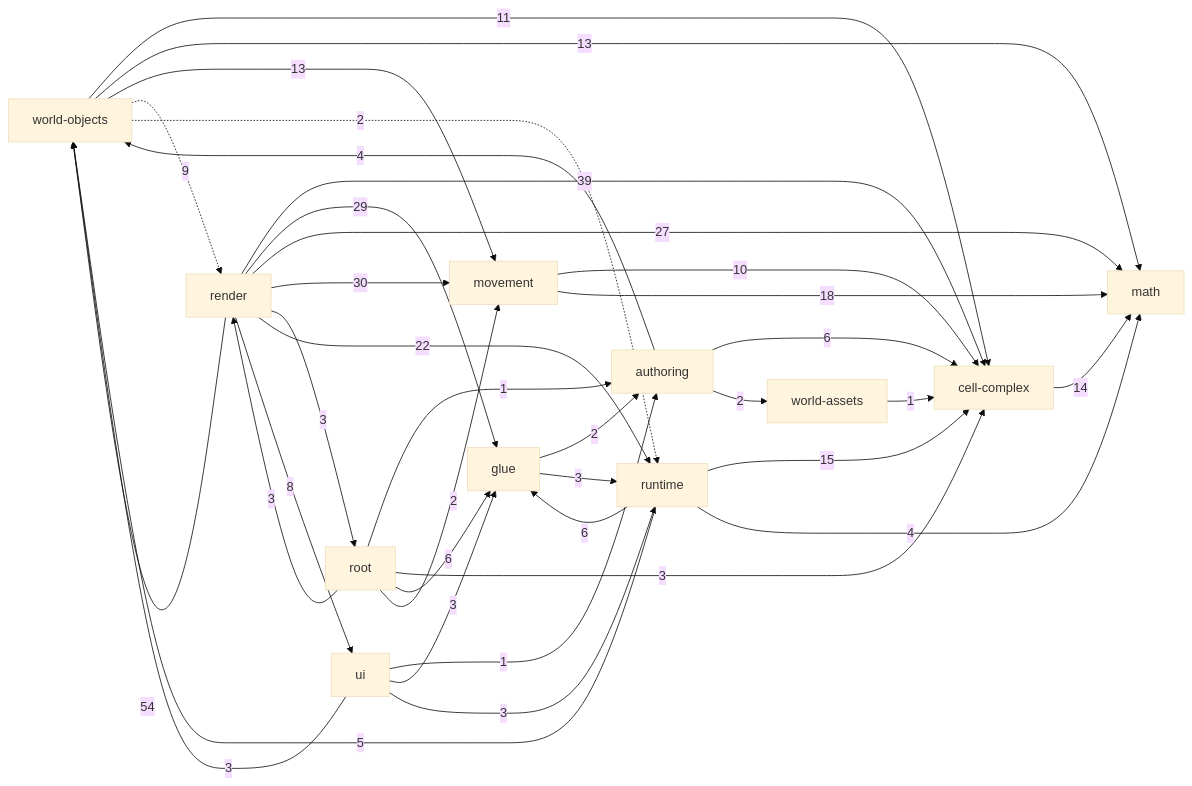
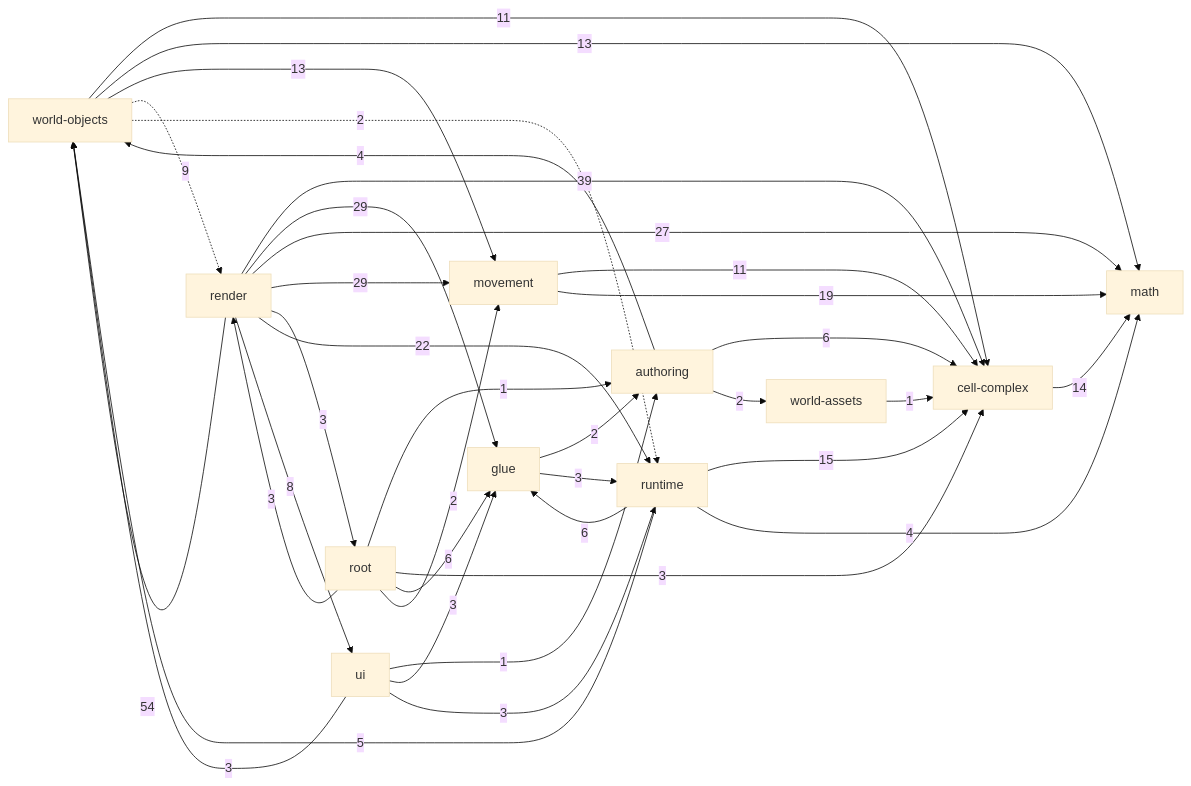
The diagram in _docs/generated/ARCHITECTURE_REFERENCE.md (guraltsev/noneuclid-fpv), drawn with Mermaid (base theme) before and after one commit. The commit also changed other lines of this file and 14 other files, not shown here.

````diff
--- a/_docs/generated/ARCHITECTURE_REFERENCE.md
+++ b/_docs/generated/ARCHITECTURE_REFERENCE.md
@@ -32,49 +32,49 @@
 ```mermaid
 flowchart LR
   math["math"]
   cell_complex["cell-complex"]
   movement["movement"]
   world_assets["world-assets"]
   world_objects["world-objects"]
   authoring["authoring"]
   runtime["runtime"]
   ui["ui"]
   glue["glue"]
   render["render"]
   root["root"]
   authoring -->|6| cell_complex
   authoring -->|2| world_assets
   authoring -->|4| world_objects
   cell_complex -->|14| math
   glue -->|2| authoring
   glue -->|3| runtime
-  movement -->|10| cell_complex
-  movement -->|18| math
+  movement -->|11| cell_complex
+  movement -->|19| math
   render -->|39| cell_complex
   render -->|29| glue
   render -->|27| math
-  render -->|30| movement
+  render -->|29| movement
   render -->|3| root
   render -->|22| runtime
   render -->|8| ui
   render -->|54| world_objects
   root -->|1| authoring
   root -->|3| cell_complex
   root -->|6| glue
   root -->|2| movement
   root -->|3| render
   runtime -->|15| cell_complex
   runtime -->|6| glue
   runtime -->|4| math
   runtime -->|5| world_objects
   ui -->|1| authoring
   ui -->|3| glue
   ui -->|3| runtime
   ui -->|3| world_objects
   world_assets -->|1| cell_complex
   world_objects -->|11| cell_complex
   world_objects -->|13| math
   world_objects -->|13| movement
   world_objects -.->|9| render
   world_objects -.->|2| runtime
 ```
````
